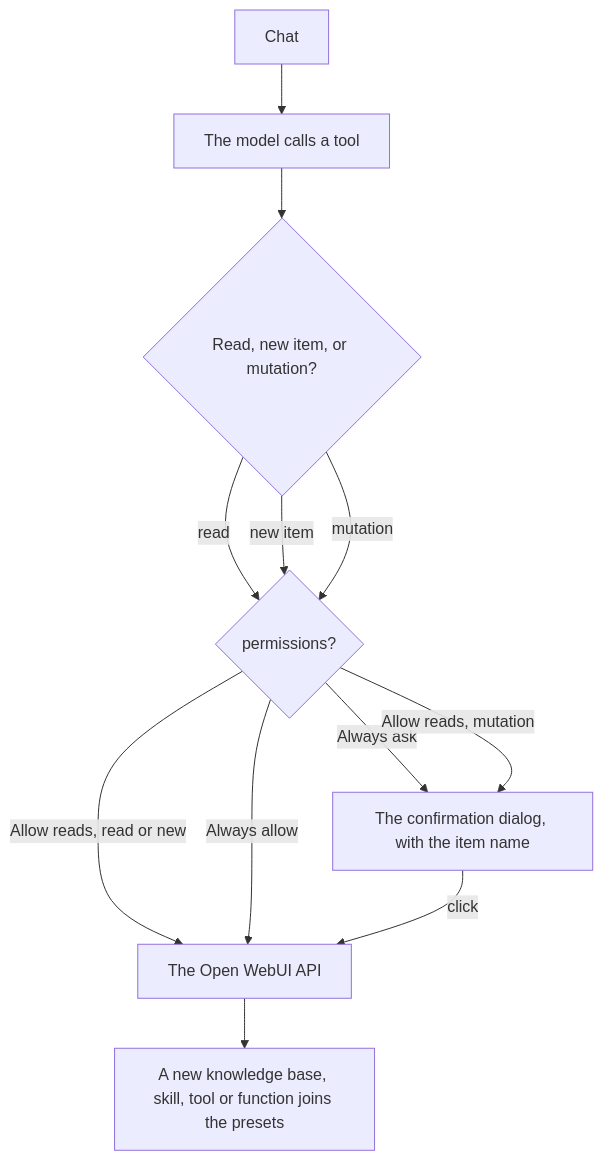
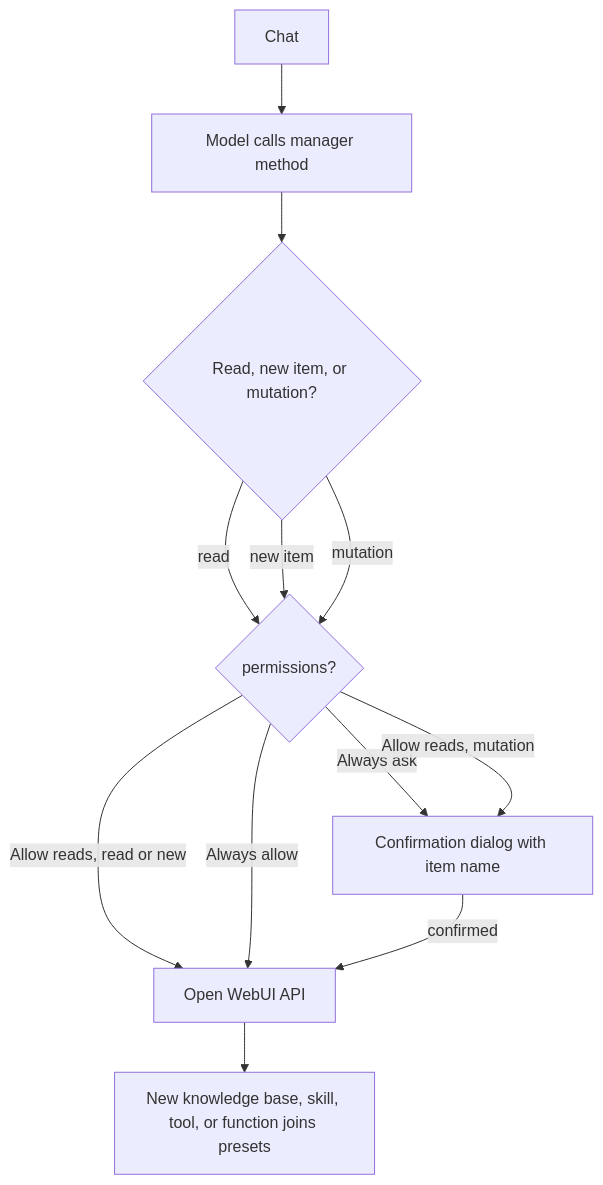
One commit to nemoe7/daedalus changed the diagram in docs/integrations/owui/owui_manager.md. Above: the diagram before and after it, drawn with Mermaid. The commit also changed other lines of this file and 4 other files, not shown here.

````diff
--- a/docs/integrations/owui/owui_manager.md
+++ b/docs/integrations/owui/owui_manager.md
@@ -9,14 +9,14 @@
 ```mermaid
 flowchart TD
-  A[Chat] --> B[The model calls a tool]
+  A[Chat] --> B[Model calls manager method]
   B --> C{Read, new item, or mutation?}
   C -- read --> D{permissions?}
   C -- new item --> D
   C -- mutation --> D
-  D -- Always ask --> E[The confirmation dialog, with the item name]
-  D -- Allow reads, read or new --> F[The Open WebUI API]
+  D -- Always ask --> E[Confirmation dialog with item name]
+  D -- Allow reads, read or new --> F[Open WebUI API]
   D -- Allow reads, mutation --> E
   D -- Always allow --> F
-  E -- click --> F
-  F --> G[A new knowledge base, skill, tool or function joins the presets]
+  E -- confirmed --> F
+  F --> G[New knowledge base, skill, tool, or function joins presets]
 ```
````
